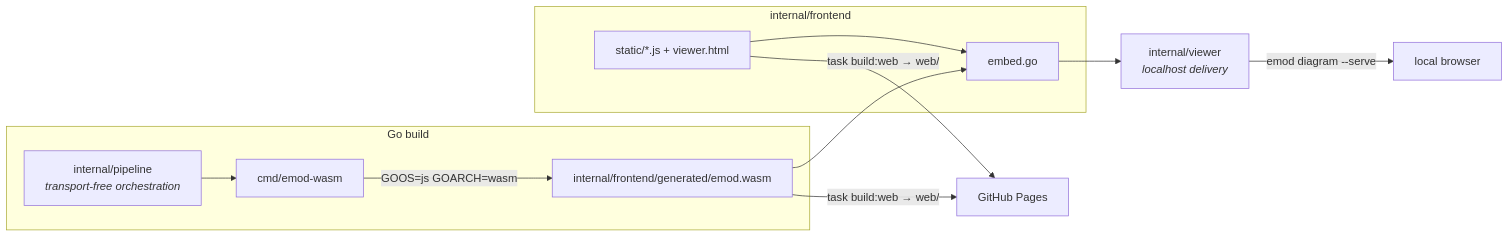
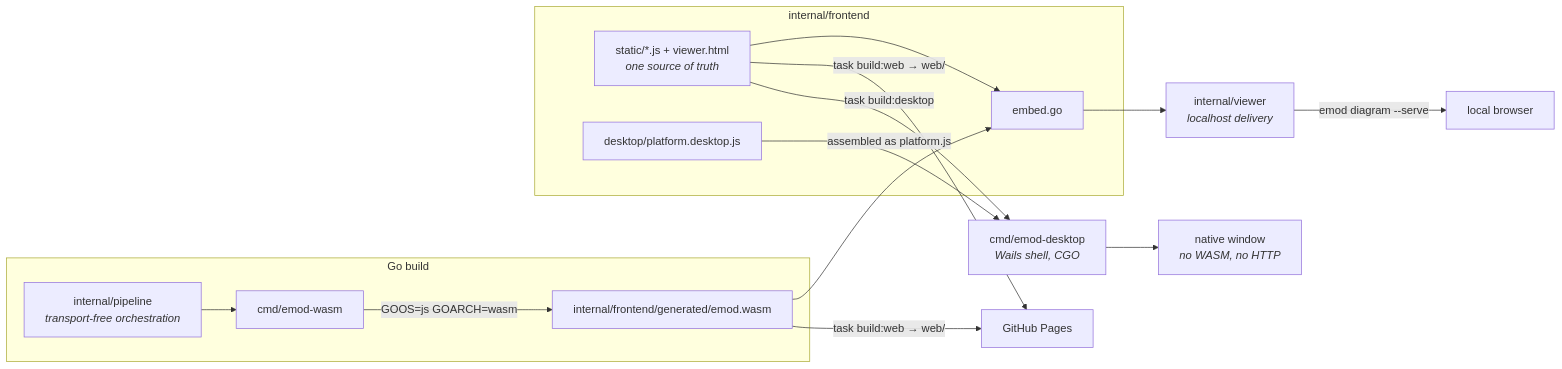
Before and after one commit to hpcsc/emod: the fourth of 5 diagrams in docs/architecture.md, drawn with Mermaid. The commit also changed other lines of this file and 4 other files, not shown here.

````diff
--- a/docs/architecture.md
+++ b/docs/architecture.md
@@ -219,20 +236,25 @@
 ```mermaid
 flowchart LR
     subgraph "Go build"
         CW["cmd/emod-wasm"] -- "GOOS=js GOARCH=wasm" --> WASM["internal/frontend/generated/emod.wasm"]
         WB["internal/pipeline<br/><i>transport-free orchestration</i>"] --> CW
     end
 
     subgraph "internal/frontend"
-        STATIC["static/*.js + viewer.html"]
+        STATIC["static/*.js + viewer.html<br/><i>one source of truth</i>"]
         EMBED["embed.go"]
+        PDESK["desktop/platform.desktop.js"]
     end
     SERVE["internal/viewer<br/><i>localhost delivery</i>"]
+    DESK["cmd/emod-desktop<br/><i>Wails shell, CGO</i>"]
     WASM --> EMBED
     STATIC --> EMBED
     EMBED --> SERVE
 
     SERVE -- "emod diagram --serve" --> LOCAL["local browser"]
     STATIC -- "task build:web → web/" --> PAGES["GitHub Pages"]
     WASM -- "task build:web → web/" --> PAGES
+    STATIC -- "task build:desktop" --> DESK
+    PDESK -- "assembled as platform.js" --> DESK
+    DESK --> NATIVE["native window<br/><i>no WASM, no HTTP</i>"]
 ```
````
